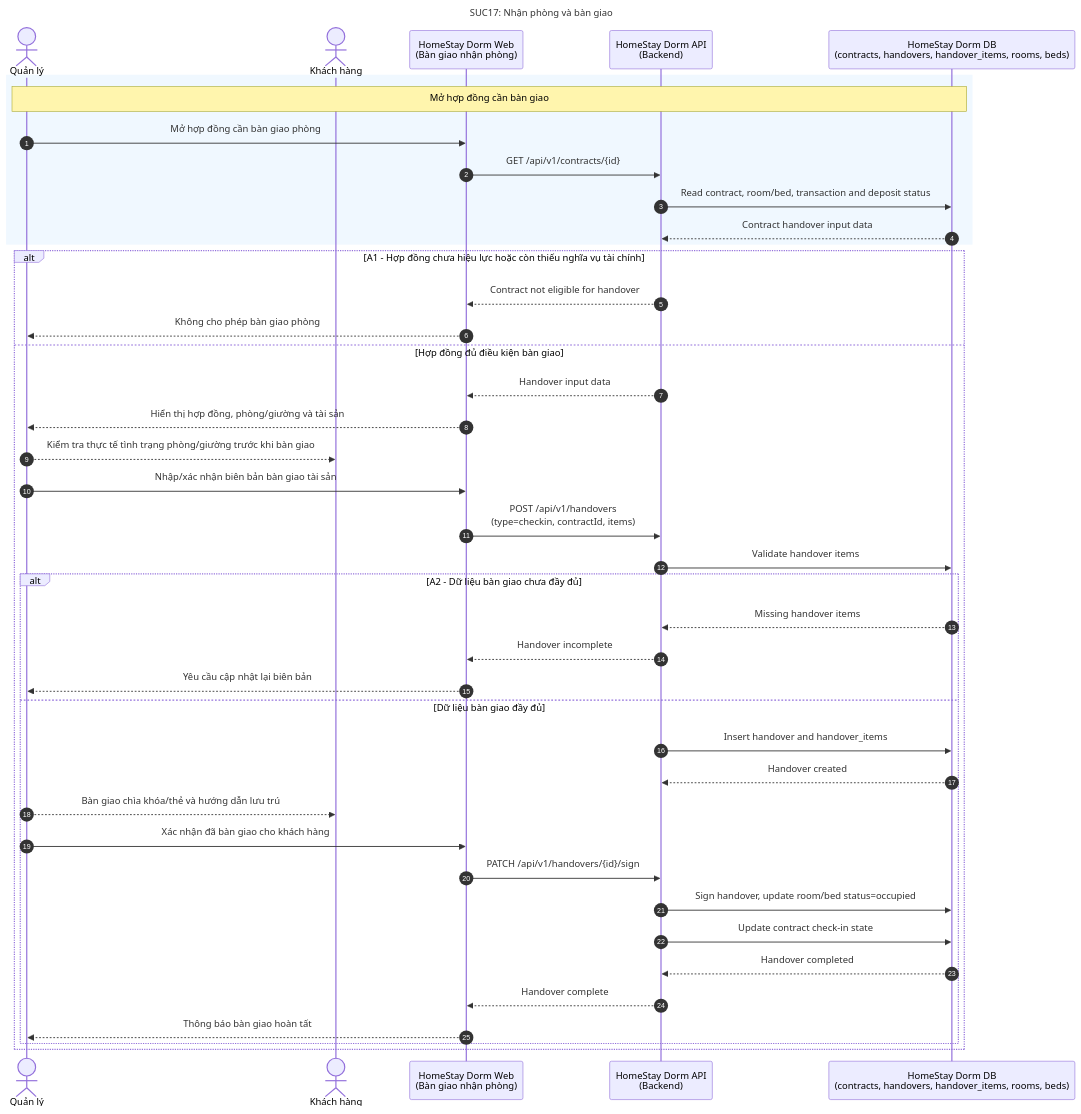
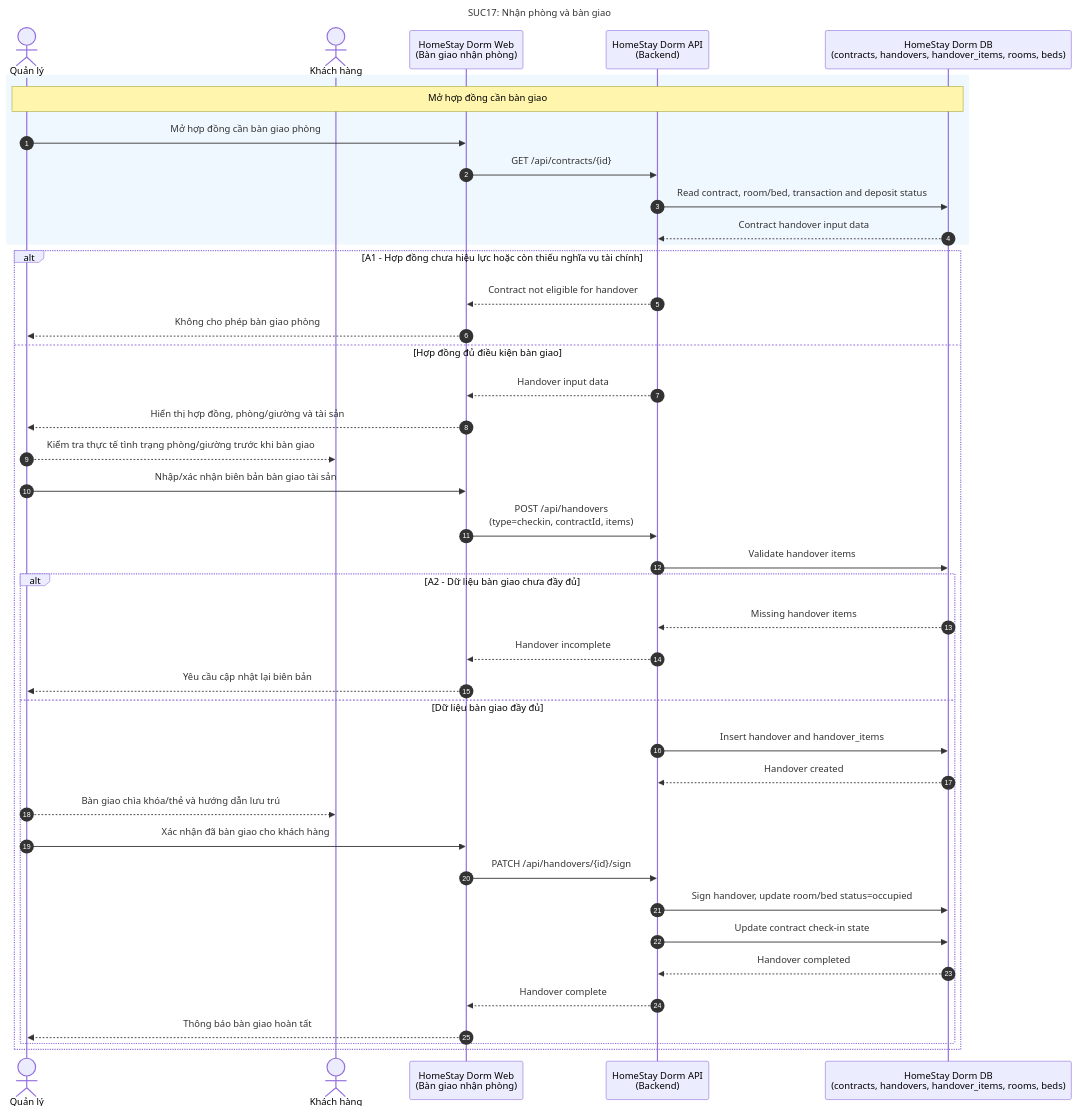
One commit to dinhdaivu/CSC12004_Information-Systems-Analysis-and-Design changed the diagram in docs/SUC/SUC17-nhan-phong-va-ban-giao.mmd. Above: the diagram before and after it, drawn with Mermaid. The commit also changed 47 other files, not shown here.

```diff
--- a/docs/SUC/SUC17-nhan-phong-va-ban-giao.mmd
+++ b/docs/SUC/SUC17-nhan-phong-va-ban-giao.mmd
@@ -1,45 +1,45 @@
 sequenceDiagram
     title SUC17: Nhận phòng và bàn giao
     autonumber
     actor M as Quản lý
     actor C as Khách hàng
     participant Web as HomeStay Dorm Web<br/>(Bàn giao nhận phòng)
     participant API as HomeStay Dorm API<br/>(Backend)
     participant DB as HomeStay Dorm DB<br/>(contracts, handovers, handover_items, rooms, beds)
 
     rect rgb(240, 248, 255)
         Note over M, DB: Mở hợp đồng cần bàn giao
         M->>Web: Mở hợp đồng cần bàn giao phòng
-        Web->>API: GET /api/v1/contracts/{id}
+        Web->>API: GET /api/contracts/{id}
         API->>DB: Read contract, room/bed, transaction and deposit status
         DB-->>API: Contract handover input data
     end
 
     alt A1 - Hợp đồng chưa hiệu lực hoặc còn thiếu nghĩa vụ tài chính
         API-->>Web: Contract not eligible for handover
         Web-->>M: Không cho phép bàn giao phòng
     else Hợp đồng đủ điều kiện bàn giao
         API-->>Web: Handover input data
         Web-->>M: Hiển thị hợp đồng, phòng/giường và tài sản
         M-->>C: Kiểm tra thực tế tình trạng phòng/giường trước khi bàn giao
         M->>Web: Nhập/xác nhận biên bản bàn giao tài sản
-        Web->>API: POST /api/v1/handovers<br/>(type=checkin, contractId, items)
+        Web->>API: POST /api/handovers<br/>(type=checkin, contractId, items)
         API->>DB: Validate handover items
 
         alt A2 - Dữ liệu bàn giao chưa đầy đủ
             DB-->>API: Missing handover items
             API-->>Web: Handover incomplete
             Web-->>M: Yêu cầu cập nhật lại biên bản
         else Dữ liệu bàn giao đầy đủ
             API->>DB: Insert handover and handover_items
             DB-->>API: Handover created
             M-->>C: Bàn giao chìa khóa/thẻ và hướng dẫn lưu trú
             M->>Web: Xác nhận đã bàn giao cho khách hàng
-            Web->>API: PATCH /api/v1/handovers/{id}/sign
+            Web->>API: PATCH /api/handovers/{id}/sign
             API->>DB: Sign handover, update room/bed status=occupied
             API->>DB: Update contract check-in state
             DB-->>API: Handover completed
             API-->>Web: Handover complete
             Web-->>M: Thông báo bàn giao hoàn tất
         end
     end
```
